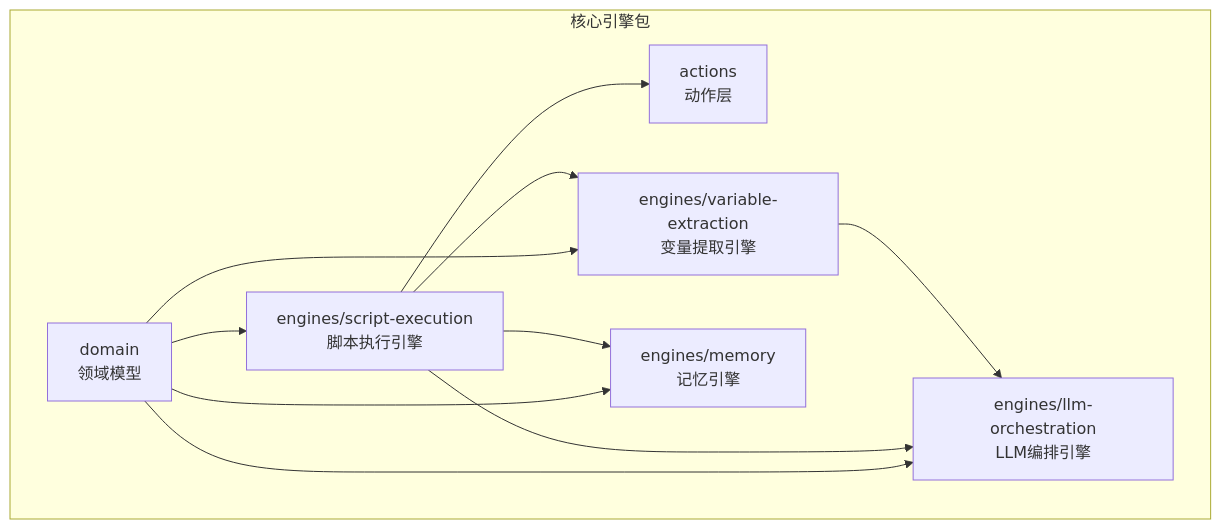
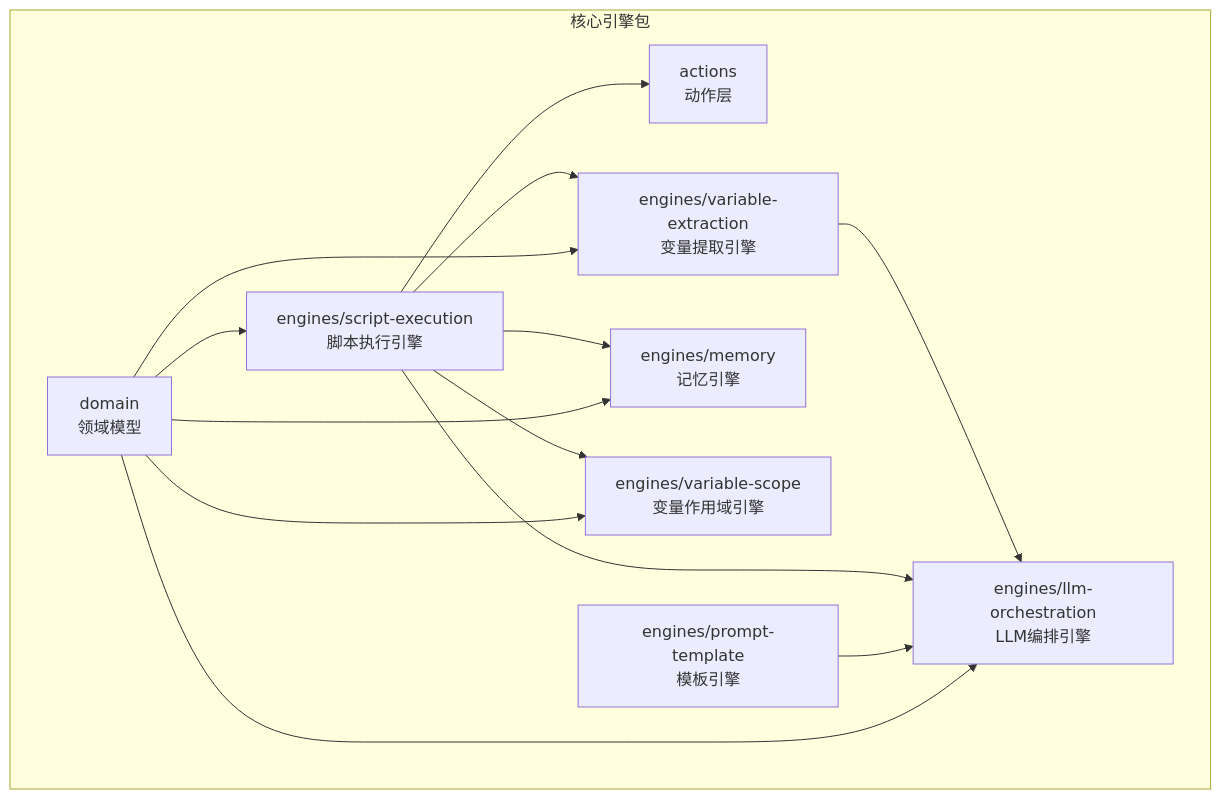
The first of 8 diagrams in .qoder/repowiki/zh/content/核心引擎系统/核心引擎系统.md (EverettCamus/HeartRule-Qoder), drawn with Mermaid before and after one commit. The commit also changed other lines of this file and 31 other files, not shown here.

````diff
--- a/.qoder/repowiki/zh/content/核心引擎系统/核心引擎系统.md
+++ b/.qoder/repowiki/zh/content/核心引擎系统/核心引擎系统.md
@@ -55,20 +62,25 @@
 ```mermaid
 graph TB
 subgraph "核心引擎包"
 A["engines/script-execution<br/>脚本执行引擎"]
 B["engines/llm-orchestration<br/>LLM编排引擎"]
 C["engines/variable-extraction<br/>变量提取引擎"]
 D["engines/memory<br/>记忆引擎"]
-E["actions<br/>动作层"]
-F["domain<br/>领域模型"]
+E["engines/prompt-template<br/>模板引擎"]
+F["engines/variable-scope<br/>变量作用域引擎"]
+G["actions<br/>动作层"]
+H["domain<br/>领域模型"]
 end
-A --> E
+A --> G
 C --> B
 A --> B
 A --> C
 A --> D
-F --> A
-F --> B
-F --> C
-F --> D
+A --> F
+E --> B
+H --> A
+H --> B
+H --> C
+H --> D
+H --> F
 ```
````
